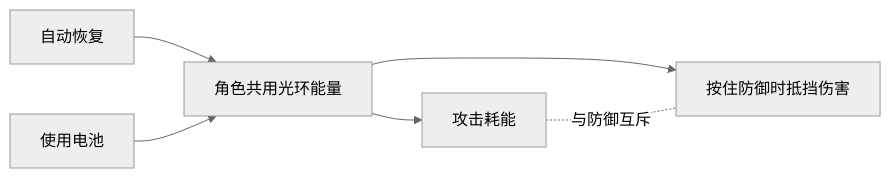
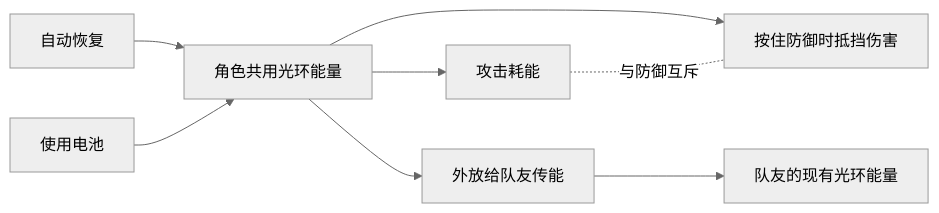
One commit to MorrowHome/Moonkov changed the diagram in Docs/HaloEnergy.md. Above: the diagram before and after it, drawn with Mermaid (neutral theme). The commit also changed other lines of this file and 34 other files, not shown here.

````diff
--- a/Docs/HaloEnergy.md
+++ b/Docs/HaloEnergy.md
@@ -21,8 +21,10 @@
 ```mermaid
 flowchart LR
     Recover[自动恢复] --> Pool[角色共用光环能量]
     Cell[使用电池] --> Pool
     Pool --> Attack[攻击耗能]
     Pool --> Defense[按住防御时抵挡伤害]
+    Pool --> Transfer[外放给队友传能]
+    Transfer --> Ally[队友的现有光环能量]
     Attack -. 与防御互斥 .- Defense
 ```
````
